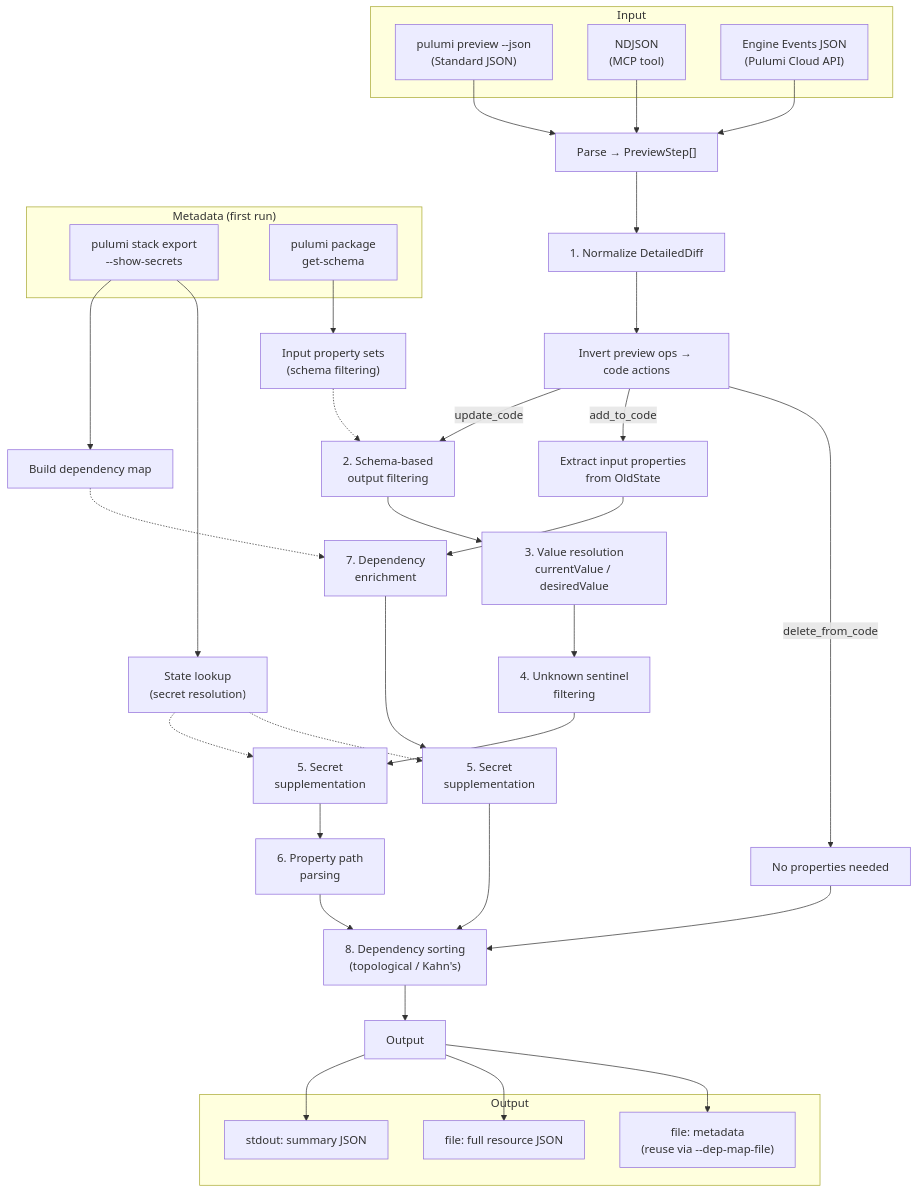
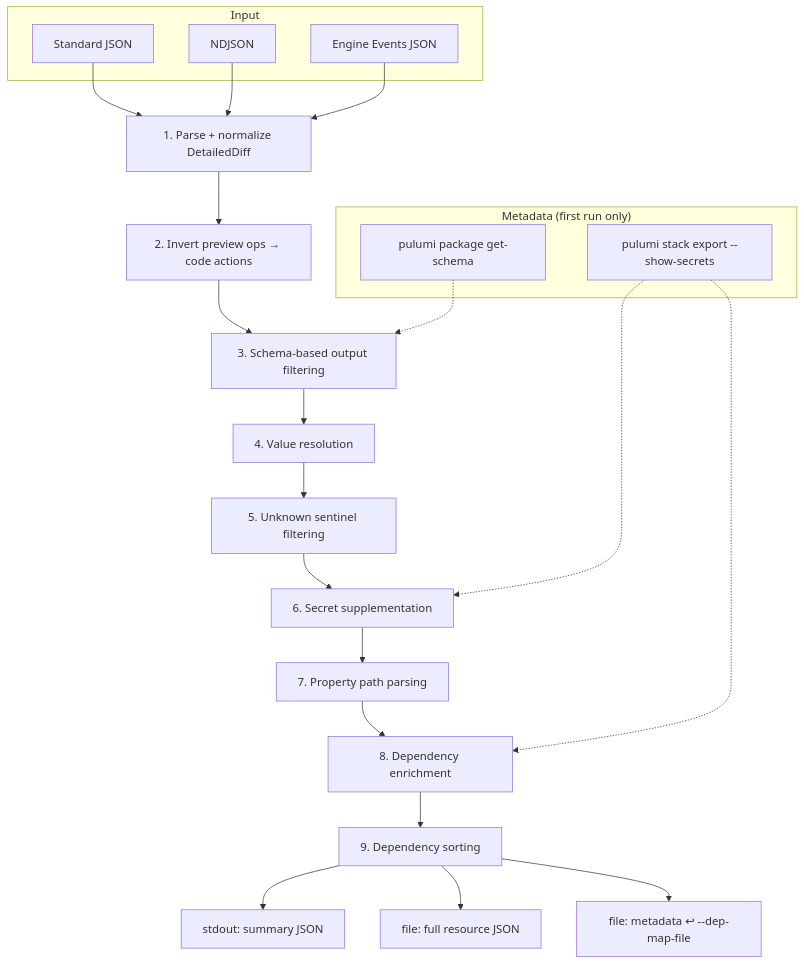
Before and after one commit to pulumi-labs/pulumi-tool-drift-adopter: the diagram in README.md, drawn with Mermaid. The commit also changed other lines of this file, not shown here.

Commit message:
docs: simplify pipeline diagram, add metadata file example
- Simplify mermaid diagram to a linear numbered flow (1-9)
- Add step 2 (inversion) to diagram and prose, remove duplicate section
- Renumber all pipeline steps to match diagram
- Add metadata file JSON example showing dependencies and inputProperties

````diff
--- a/README.md
+++ b/README.md
@@ -266,50 +290,31 @@
 ```mermaid
 flowchart TD
     subgraph Input
-        A1["pulumi preview --json<br/>(Standard JSON)"]
-        A2["NDJSON<br/>(MCP tool)"]
-        A3["Engine Events JSON<br/>(Pulumi Cloud API)"]
+        A1["Standard JSON"]
+        A2["NDJSON"]
+        A3["Engine Events JSON"]
     end
 
-    subgraph "Metadata (first run)"
-        S1["pulumi stack export<br/>--show-secrets"]
-        S2["pulumi package<br/>get-schema"]
+    A1 & A2 & A3 --> P1["1. Parse + normalize DetailedDiff"]
+    P1 --> P2["2. Invert preview ops → code actions"]
+    P2 --> P3["3. Schema-based output filtering"]
+    P3 --> P4["4. Value resolution"]
+    P4 --> P5["5. Unknown sentinel filtering"]
+    P5 --> P6["6. Secret supplementation"]
+    P6 --> P7["7. Property path parsing"]
+    P7 --> P8["8. Dependency enrichment"]
+    P8 --> P9["9. Dependency sorting"]
+
+    subgraph "Metadata (first run only)"
+        S1["pulumi stack export --show-secrets"]
+        S2["pulumi package get-schema"]
     end
 
-    A1 & A2 & A3 --> P0["Parse → PreviewStep[]"]
+    S1 -.-> P6
+    S1 -.-> P8
+    S2 -.-> P3
 
-    S1 --> DEP["Build dependency map"]
-    S1 --> SEC["State lookup<br/>(secret resolution)"]
-    S2 --> SCH["Input property sets<br/>(schema filtering)"]
-
-    P0 --> P1["1. Normalize DetailedDiff"]
-    P1 --> INV["Invert preview ops → code actions"]
-
-    INV --> |"update_code"| P2["2. Schema-based<br/>output filtering"]
-    P2 --> P3["3. Value resolution<br/>currentValue / desiredValue"]
-    P3 --> P4["4. Unknown sentinel<br/>filtering"]
-    P4 --> P5["5. Secret<br/>supplementation"]
-    P5 --> P6["6. Property path<br/>parsing"]
-
-    INV --> |"add_to_code"| EX["Extract input properties<br/>from OldState"]
-    EX --> P7["7. Dependency<br/>enrichment"]
-    P7 --> P5b["5. Secret<br/>supplementation"]
-
-    INV --> |"delete_from_code"| DEL["No properties needed"]
-
-    SCH -.-> P2
-    DEP -.-> P7
-    SEC -.-> P5
-    SEC -.-> P5b
-
-    P6 & P5b & DEL --> P8["8. Dependency sorting<br/>(topological / Kahn's)"]
-    P8 --> OUT["Output"]
-
-    subgraph Output
-        O1["stdout: summary JSON"]
-        O2["file: full resource JSON"]
-        O3["file: metadata<br/>(reuse via --dep-map-file)"]
-    end
-
-    OUT --> O1 & O2 & O3
+    P9 --> O1["stdout: summary JSON"]
+    P9 --> O2["file: full resource JSON"]
+    P9 --> O3["file: metadata ↩ --dep-map-file"]
 ```
````
